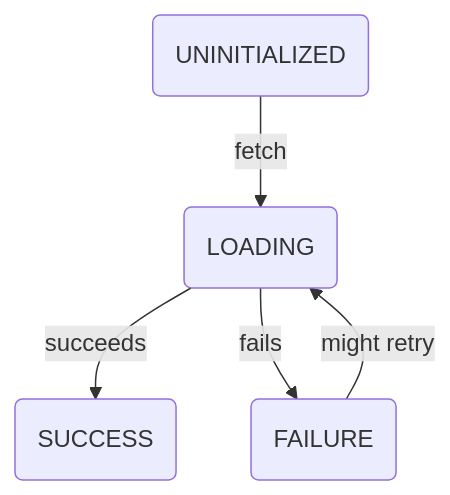
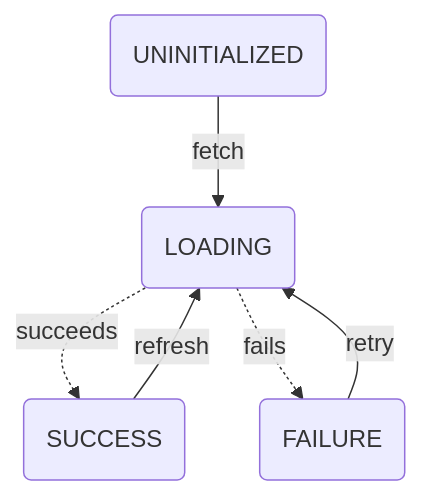
Before and after one commit to devonbacon/blog: the diagram in scaling-frontend-state-2.md, drawn with Mermaid.

Commit message:
tweak flowchart

````diff
--- a/scaling-frontend-state-2.md
+++ b/scaling-frontend-state-2.md
@@ -23,9 +23,10 @@
 ```mermaid
 
 flowchart TD
     A(UNINITIALIZED) -->|fetch| B(LOADING)
-    B -->|succeeds| C(SUCCESS)
-    B -->|fails| D(FAILURE)
-    D -->|might retry| B
+    B -.->|succeeds| C(SUCCESS)
+    C -->|refresh| B
+    B -.->|fails| D(FAILURE)
+    D -->|retry| B
 
 ```
````
